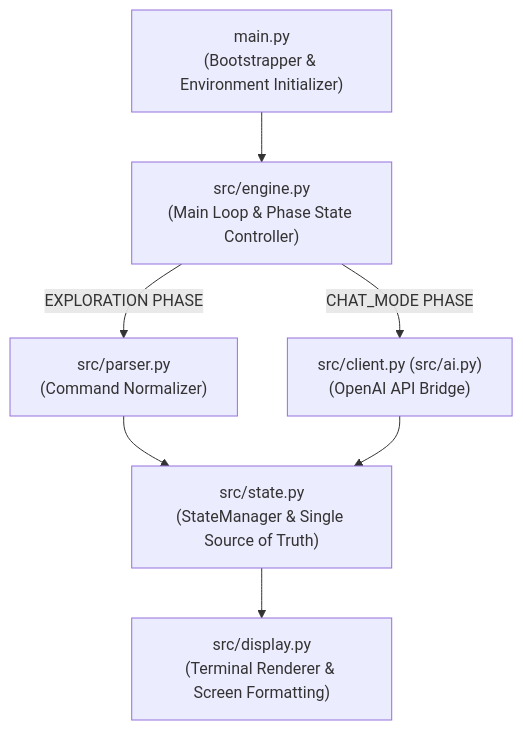
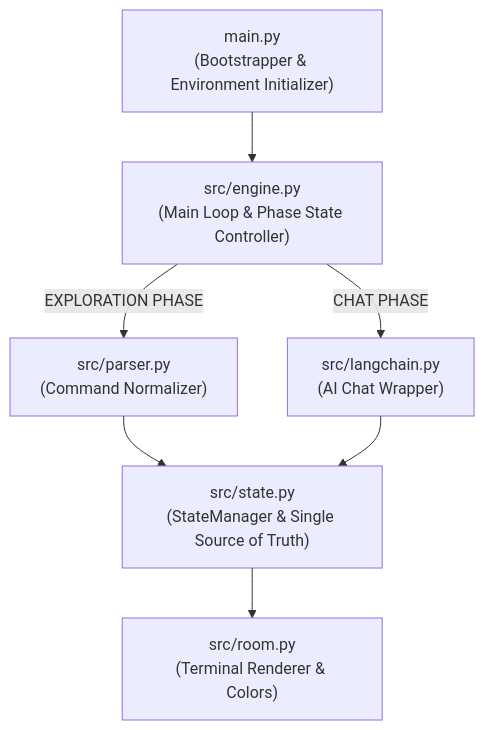
The first of 2 diagrams in docs/ARCHITECTURE.md (nwikeodigwe/maze-ing), drawn with Mermaid before and after one commit. The commit also changed other lines of this file and 8 other files, not shown here.

````diff
--- a/docs/ARCHITECTURE.md
+++ b/docs/ARCHITECTURE.md
@@ -14,16 +14,16 @@
 ```mermaid
 flowchart TD
     main["main.py<br/>(Bootstrapper & Environment Initializer)"]
     engine["src/engine.py<br/>(Main Loop & Phase State Controller)"]
     parser["src/parser.py<br/>(Command Normalizer)"]
-    ai["src/client.py (src/ai.py)<br/>(OpenAI API Bridge)"]
+    ai["src/langchain.py<br/>(AI Chat Wrapper)"]
     state["src/state.py<br/>(StateManager & Single Source of Truth)"]
-    display["src/display.py<br/>(Terminal Renderer & Screen Formatting)"]
+    display["src/room.py<br/>(Terminal Renderer & Colors)"]
 
     main --> engine
     engine -->|EXPLORATION PHASE| parser
-    engine -->|CHAT_MODE PHASE| ai
+    engine -->|CHAT PHASE| ai
     parser --> state
     ai --> state
     state --> display
 ```
````
